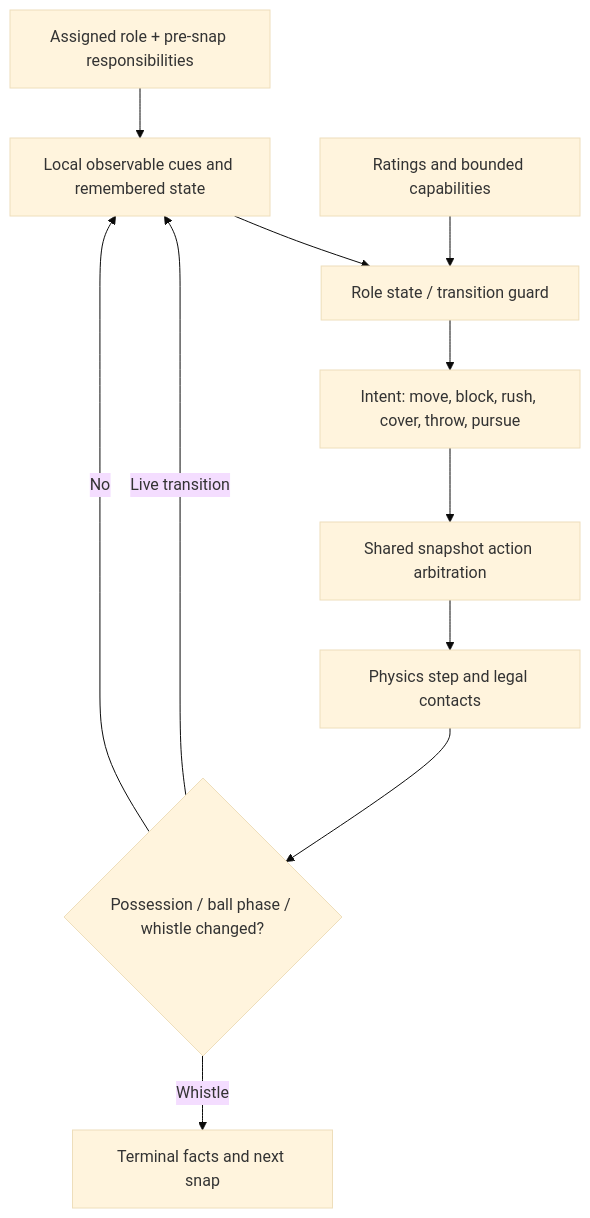
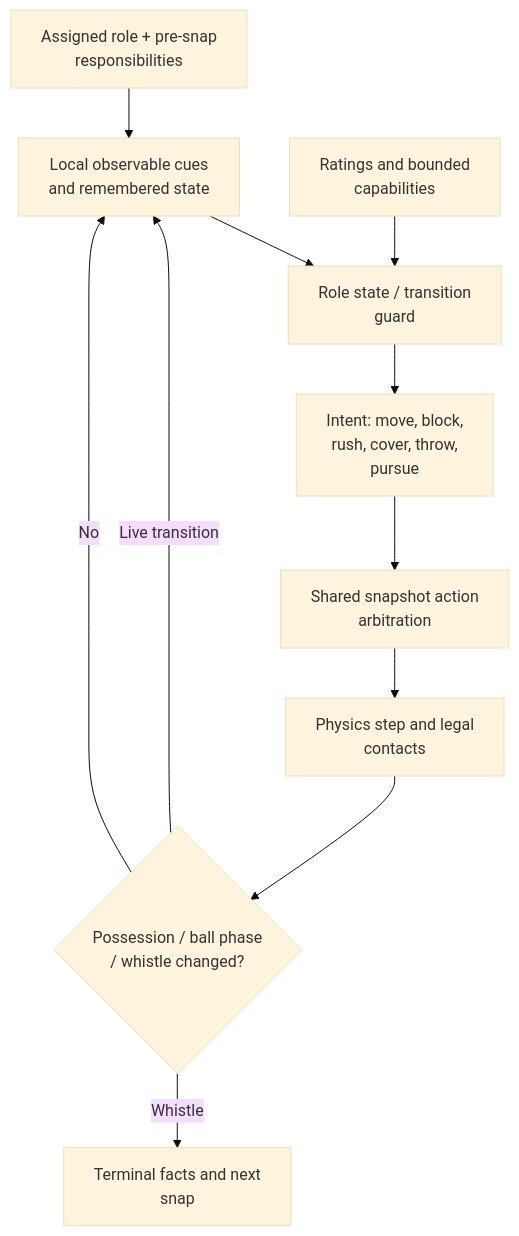
The first of 3 diagrams in docs/architecture/LIQUID-AI.md (micahp/legendarypicks), drawn with Mermaid (base theme) before and after one commit. The commit also changed other lines of this file and 12 other files, not shown here.

Commit message:
docs: wrap diagram labels and add editable SVG schematics

````diff
--- a/docs/architecture/LIQUID-AI.md
+++ b/docs/architecture/LIQUID-AI.md
@@ -34,13 +34,13 @@
 ```mermaid
 flowchart TD
-  A["Assigned role + pre-snap responsibilities"] --> B["Local observable cues and remembered state"]
-  B --> C["Role state / transition guard"]
-  D["Ratings and bounded capabilities"] --> C
-  C --> E["Intent: move, block, rush, cover, throw, pursue"]
-  E --> F["Shared snapshot action arbitration"]
-  F --> G["Physics step and legal contacts"]
-  G --> H{"Possession / ball phase / whistle changed?"}
+  A["Assigned role + pre-snap<br/>responsibilities"] --> B["Local observable cues<br/>and remembered state"]
+  B --> C["Role state / transition<br/>guard"]
+  D["Ratings and bounded<br/>capabilities"] --> C
+  C --> E["Intent: move, block,<br/>rush, cover, throw,<br/>pursue"]
+  E --> F["Shared snapshot action<br/>arbitration"]
+  F --> G["Physics step and legal<br/>contacts"]
+  G --> H{"Possession / ball phase<br/>/ whistle changed?"}
   H -->|Live transition| B
   H -->|No| B
-  H -->|Whistle| I["Terminal facts and next snap"]
+  H -->|Whistle| I["Terminal facts and next<br/>snap"]
 ```
````
